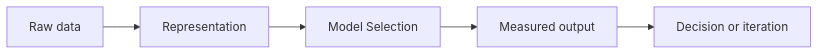
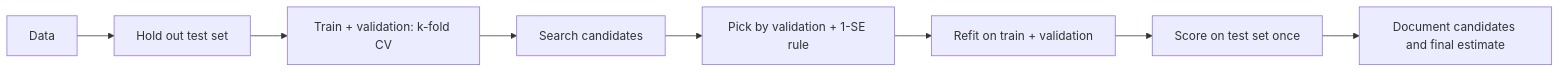
Before and after one commit to Icon1cc/Machine-Learning: the diagram in classical-ml/16-model-selection.md, drawn with Mermaid. The commit also changed other lines of this file and 264 other files, not shown here.

````diff
--- a/classical-ml/16-model-selection.md
+++ b/classical-ml/16-model-selection.md
@@ -92,7 +196,10 @@
 ```mermaid
 flowchart LR
-    A[Raw data] --> B[Representation]
-    B --> C[Model Selection]
-    C --> D[Measured output]
-    D --> E[Decision or iteration]
+    D[Data] --> H[Hold out test set]
+    H --> CV[Train + validation: k-fold CV]
+    CV --> S[Search candidates]
+    S --> P[Pick by validation + 1-SE rule]
+    P --> R[Refit on train + validation]
+    R --> T[Score on test set once]
+    T --> Doc[Document candidates and final estimate]
 ```
````
